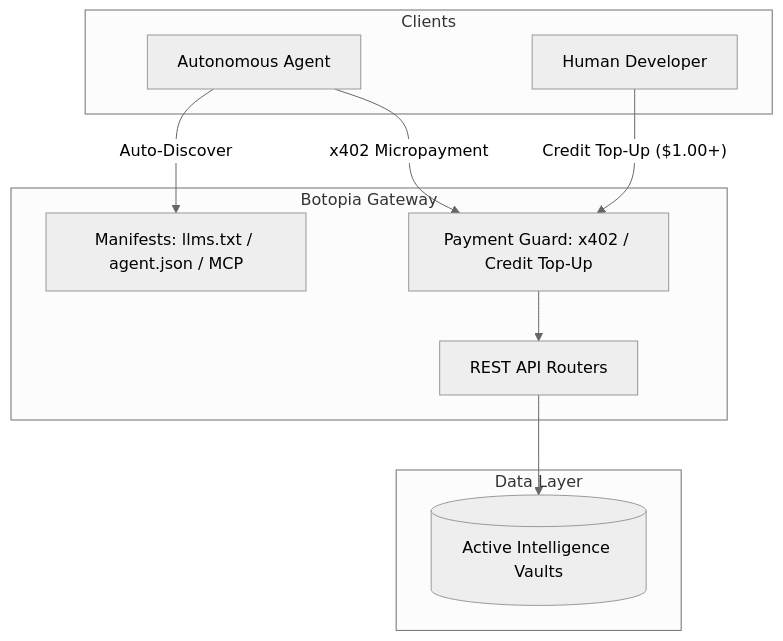
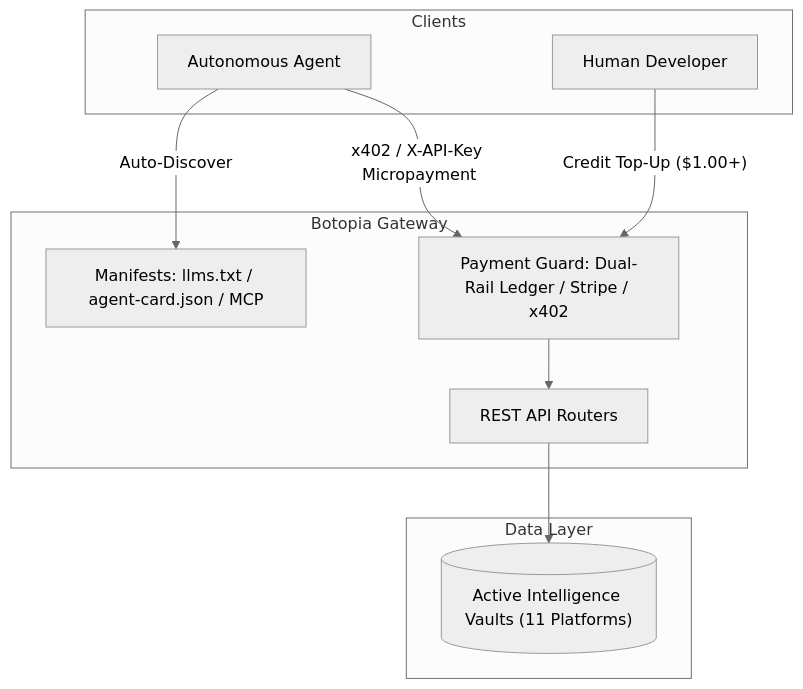
One commit to ResonantCodes/botopia-m2m-gateway changed the diagram in README.md. Above: the diagram before and after it, drawn with Mermaid (neutral theme). The commit also changed other lines of this file, not shown here.

First line of the commit message:
Revise README with new API key instructions

````diff
--- a/README.md
+++ b/README.md
@@ -10,23 +46,23 @@
 ```mermaid
 flowchart TD
     subgraph Clients
         H["Human Developer"]
         A["Autonomous Agent"]
     end
 
     subgraph Botopia Gateway
-        M["Manifests: llms.txt / agent.json / MCP"]
-        P["Payment Guard: x402 / Credit Top-Up"]
+        M["Manifests: llms.txt / agent-card.json / MCP"]
+        P["Payment Guard: Dual-Rail Ledger / Stripe / x402"]
         R["REST API Routers"]
     end
 
     subgraph Data Layer
-        V[("Active Intelligence Vaults")]
+        V[("Active Intelligence Vaults (11 Platforms)")]
     end
 
     H -->|"Credit Top-Up ($1.00+)"| P
     A -->|"Auto-Discover"| M
-    A -->|"x402 Micropayment"| P
+    A -->|"x402 / X-API-Key Micropayment"| P
     P --> R
     R --> V
 ```
````
